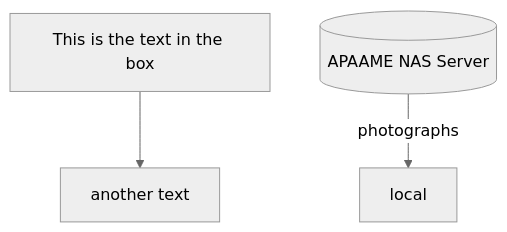
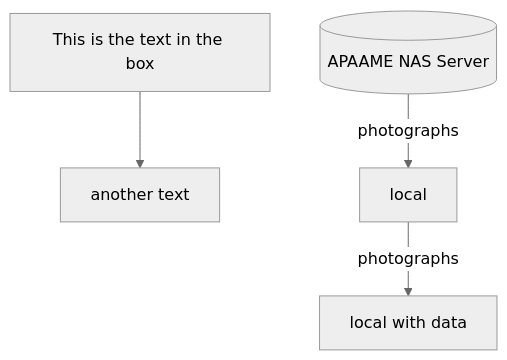
One commit to eamena-project/eamena-arches-dev changed the diagram in projects/apaame-photos/README.md. Above: the diagram before and after it, drawn with Mermaid (neutral theme).

Commit message:
mermaid diag

````diff
--- a/projects/apaame-photos/README.md
+++ b/projects/apaame-photos/README.md
@@ -2,5 +2,6 @@
 ```mermaid
 flowchart TD
     id1[This is the text in the box] --> id2[another text]
     A[(APAAME NAS Server)] --photographs--> B[local];
+    B --photographs--> C[local with data];
 ```
````
